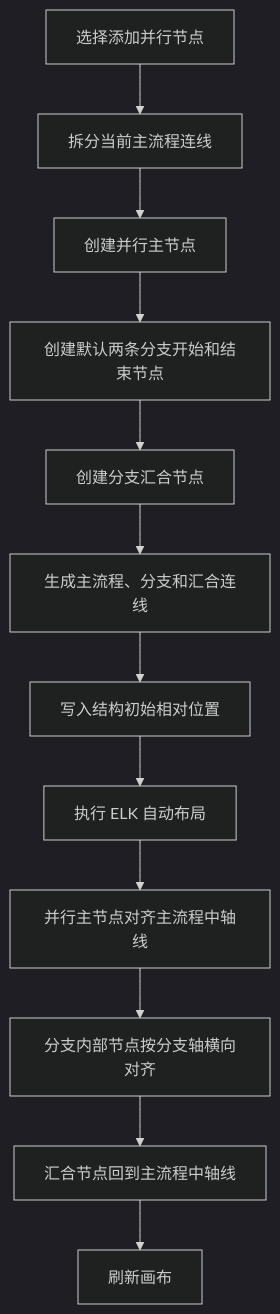
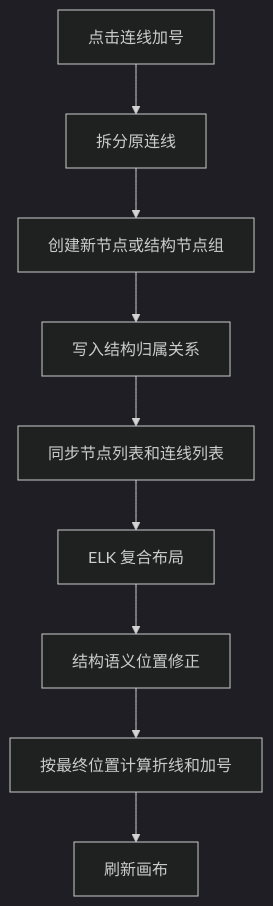
Before and after one commit to THZSummer/open-app: diagram 15 of 28 in front/doc/2026年6月文档/连接流配置需求设计说明书.md, drawn with Mermaid (dark theme). The commit also changed other lines of this file, not shown here.

````diff
--- a/front/doc/2026年6月文档/连接流配置需求设计说明书.md
+++ b/front/doc/2026年6月文档/连接流配置需求设计说明书.md
@@ -551,14 +894,11 @@
 ```mermaid
 flowchart TD
-  InsertParallel[选择添加并行节点] --> SplitEdge[拆分当前主流程连线]
-  SplitEdge --> CreateMain[创建并行主节点]
-  CreateMain --> CreateBranches[创建默认两条分支开始和结束节点]
-  CreateBranches --> CreateMerge[创建分支汇合节点]
-  CreateMerge --> BuildEdges[生成主流程、分支和汇合连线]
-  BuildEdges --> InitialPosition[写入结构初始相对位置]
-  InitialPosition --> ElkLayout[执行 ELK 自动布局]
-  ElkLayout --> AlignMain[并行主节点对齐主流程中轴线]
-  AlignMain --> AlignBranches[分支内部节点按分支轴横向对齐]
-  AlignBranches --> AlignMerge[汇合节点回到主流程中轴线]
-  AlignMerge --> RenderCanvas[刷新画布]
+  ClickPlus[点击连线加号] --> SplitEdge[拆分原连线]
+  SplitEdge --> BuildData[创建新节点或结构节点组]
+  BuildData --> WriteRelation[写入结构归属关系]
+  WriteRelation --> SyncStore[同步节点列表和连线列表]
+  SyncStore --> ElkStage[ELK 复合布局]
+  ElkStage --> SemanticStage[结构语义位置修正]
+  SemanticStage --> EdgeRender[按最终位置计算折线和加号]
+  EdgeRender --> CanvasRender[刷新画布]
 ```
````
